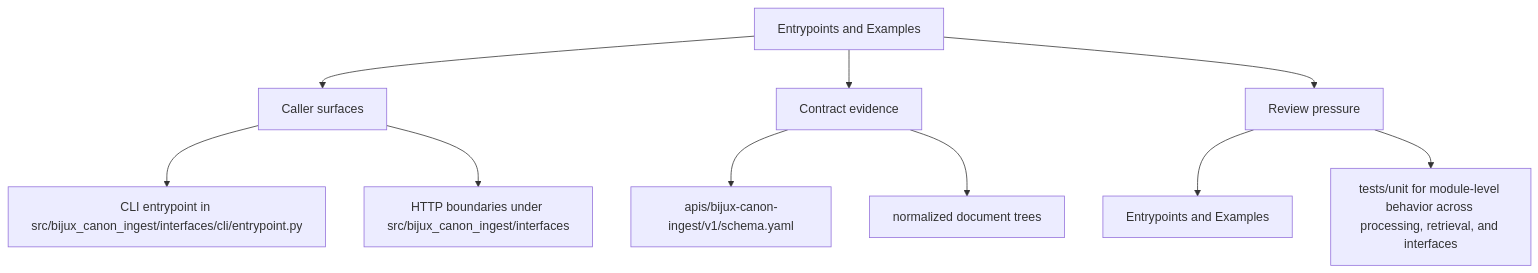
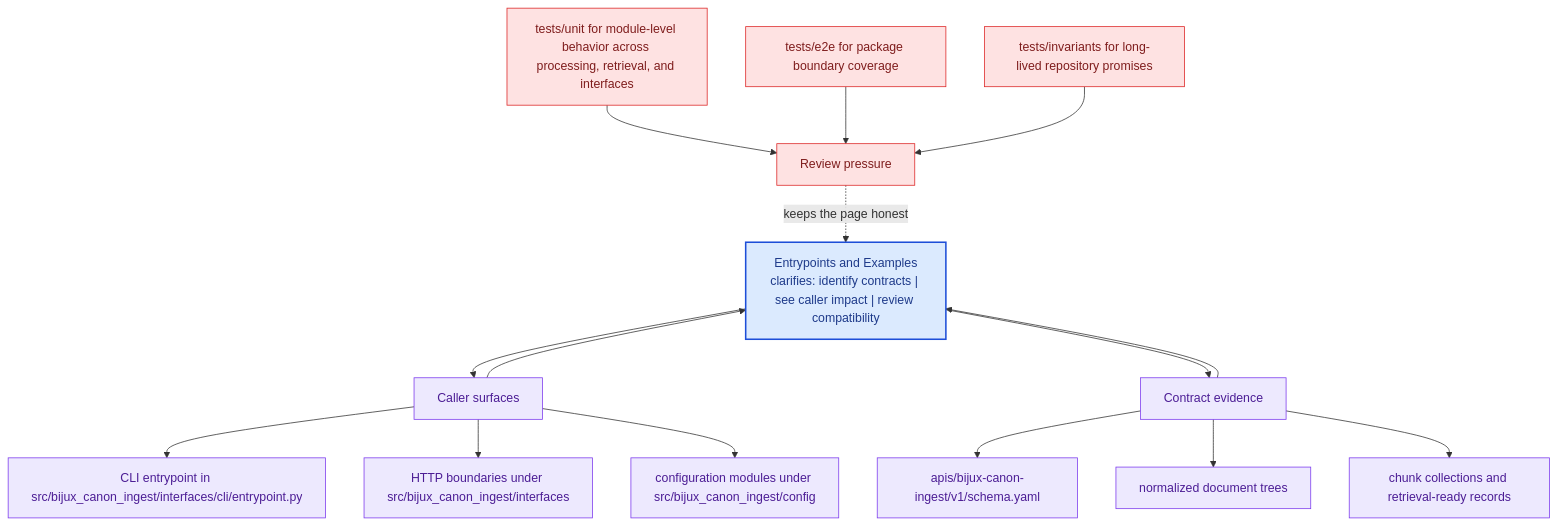
One commit to bijux/bijux-canon changed the second of 2 diagrams in docs/bijux-canon-ingest/interfaces/entrypoints-and-examples.md. Above: the diagram before and after it, drawn with Mermaid. The commit also changed other lines of this file and 281 other files, not shown here.

Commit message:
docs(diagrams): deepen handbook mermaid maps across the catalog

````diff
--- a/docs/bijux-canon-ingest/interfaces/entrypoints-and-examples.md
+++ b/docs/bijux-canon-ingest/interfaces/entrypoints-and-examples.md
@@ -34,22 +67,41 @@
 ```mermaid
-flowchart TD
-    page["Entrypoints and Examples"]
+flowchart TB
+    promise["Entrypoints and Examples<br/>clarifies: identify contracts | see caller impact | review compatibility"]
+    classDef promise fill:#dbeafe,stroke:#1d4ed8,color:#1e3a8a,stroke-width:2px;
+    classDef driver fill:#dcfce7,stroke:#16a34a,color:#14532d;
+    classDef constraint fill:#fee2e2,stroke:#dc2626,color:#7f1d1d;
+    classDef ground fill:#ede9fe,stroke:#7c3aed,color:#4c1d95;
     focus1["Caller surfaces"]
-    page --> focus1
+    focus1 --> promise
+    promise --> focus1
     focus1_1["CLI entrypoint in src/bijux_canon_ingest/interfaces/cli/entrypoint.py"]
     focus1 --> focus1_1
     focus1_2["HTTP boundaries under src/bijux_canon_ingest/interfaces"]
     focus1 --> focus1_2
+    focus1_3["configuration modules under src/bijux_canon_ingest/config"]
+    focus1 --> focus1_3
+    class focus1 ground;
+    class focus1_1,focus1_2,focus1_3 ground;
     focus2["Contract evidence"]
-    page --> focus2
+    focus2 --> promise
+    promise --> focus2
     focus2_1["apis/bijux-canon-ingest/v1/schema.yaml"]
     focus2 --> focus2_1
     focus2_2["normalized document trees"]
     focus2 --> focus2_2
+    focus2_3["chunk collections and retrieval-ready records"]
+    focus2 --> focus2_3
+    class focus2 ground;
+    class focus2_1,focus2_2,focus2_3 ground;
     focus3["Review pressure"]
-    page --> focus3
-    focus3_1["Entrypoints and Examples"]
-    focus3 --> focus3_1
-    focus3_2["tests/unit for module-level behavior across processing, retrieval, and interfaces"]
-    focus3 --> focus3_2
+    focus3 -.keeps the page honest.-> promise
+    focus3_1["tests/unit for module-level behavior across processing, retrieval, and interfaces"]
+    focus3_1 --> focus3
+    focus3_2["tests/e2e for package boundary coverage"]
+    focus3_2 --> focus3
+    focus3_3["tests/invariants for long-lived repository promises"]
+    focus3_3 --> focus3
+    class focus3 constraint;
+    class focus3_1,focus3_2,focus3_3 constraint;
+    class promise promise;
 ```
````
